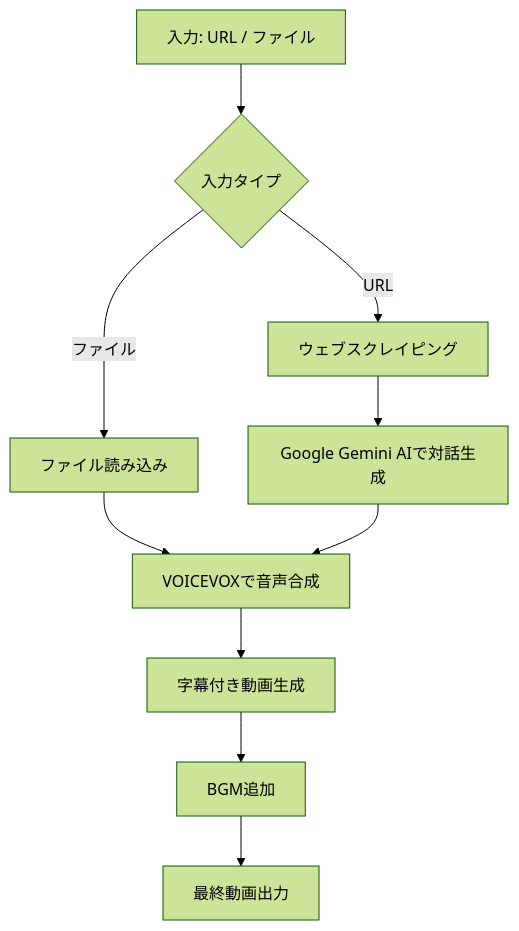
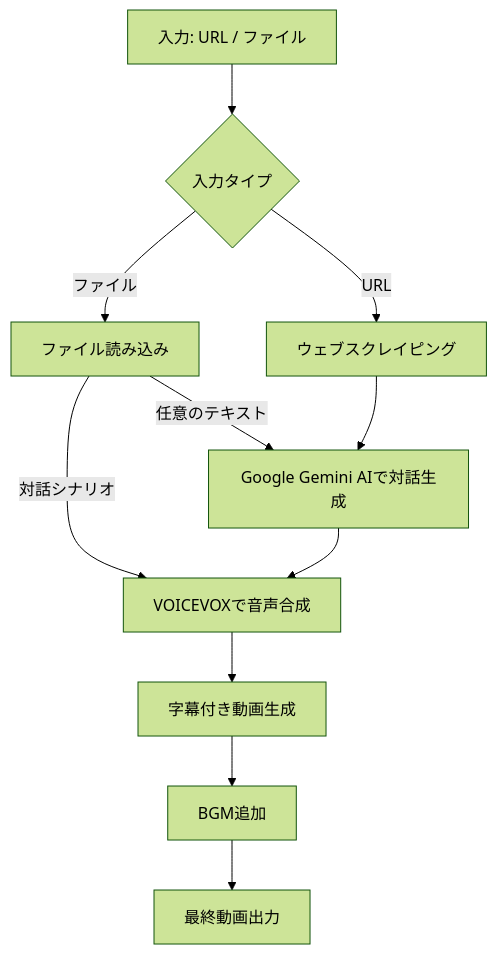
One commit to aegisfleet/voicevox2video changed the diagram in README.md. Above: the diagram before and after it, drawn with Mermaid (forest theme). The commit also changed other lines of this file, not shown here.

````diff
--- a/README.md
+++ b/README.md
@@ -167,12 +167,13 @@
 ```mermaid
 graph TD
     A[入力: URL / ファイル] --> B{入力タイプ}
     B -->|URL| C[ウェブスクレイピング]
     B -->|ファイル| D[ファイル読み込み]
+    D -->|任意のテキスト| E
     C --> E[Google Gemini AIで対話生成]
-    D --> F
+    D -->|対話シナリオ| F
     E --> F[VOICEVOXで音声合成]
     F --> G[字幕付き動画生成]
     G --> H[BGM追加]
     H --> I[最終動画出力]
 ```
````
